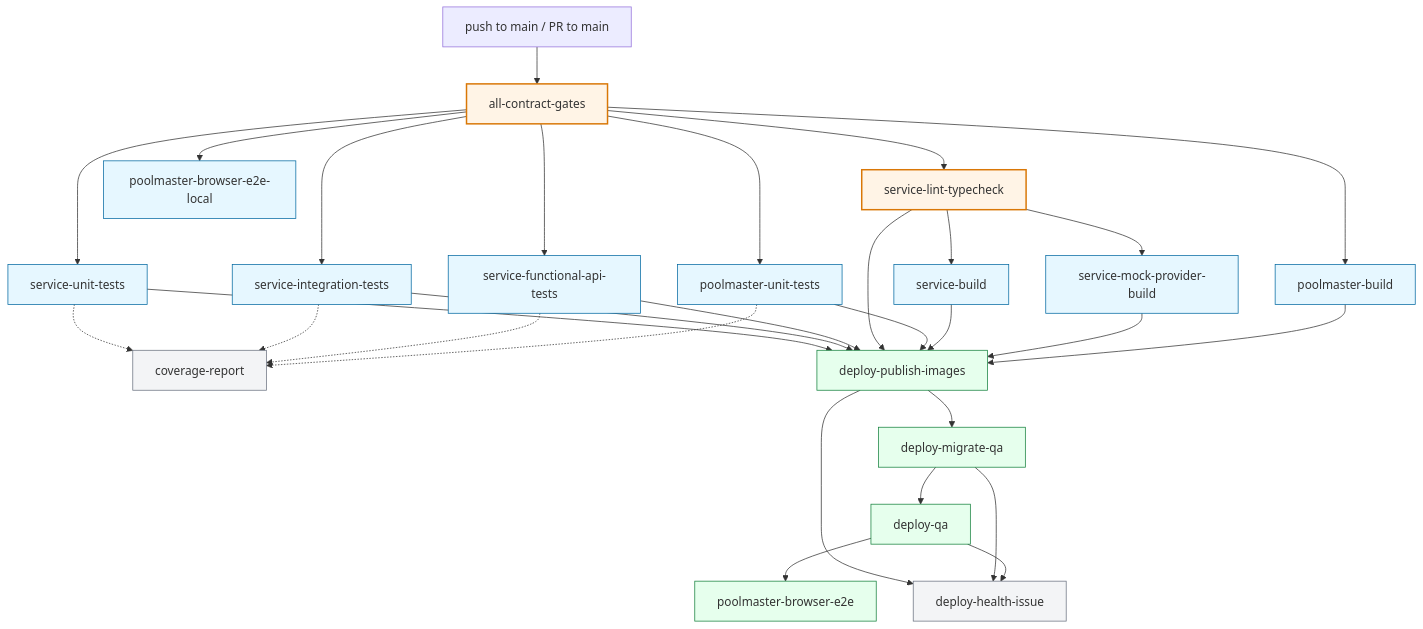
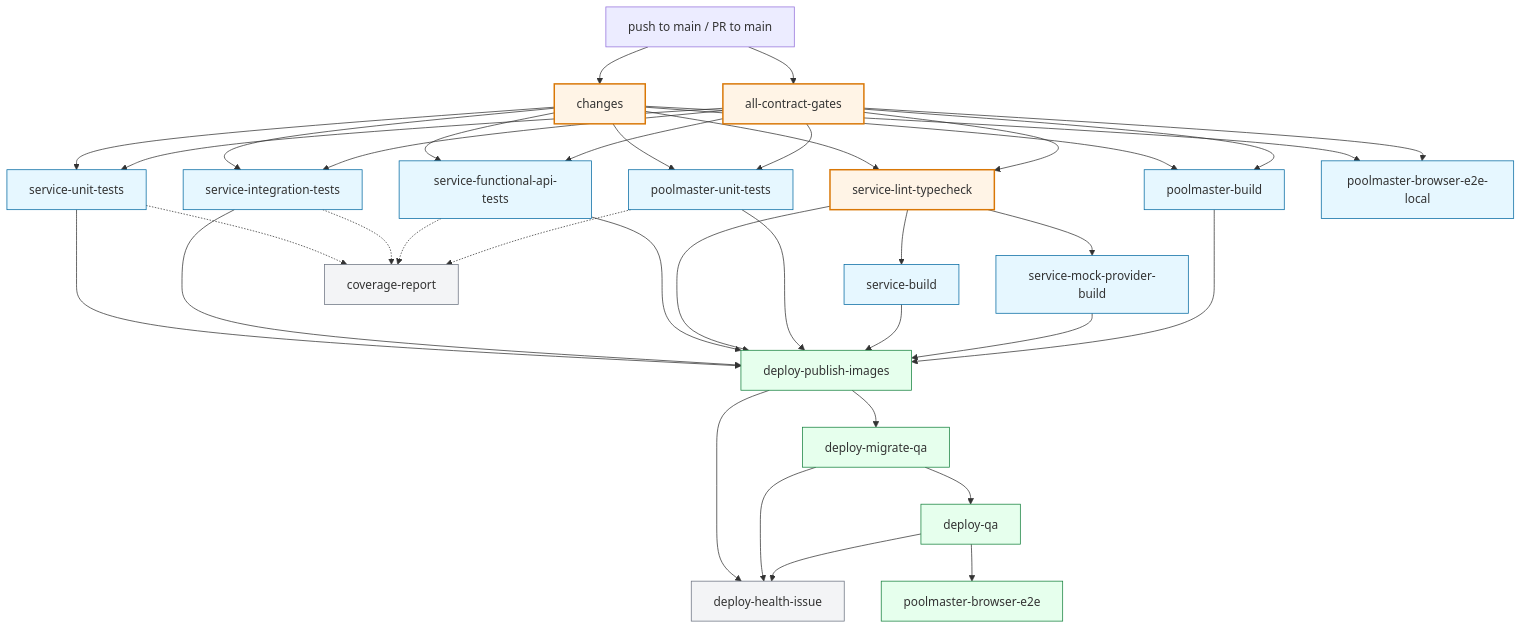
The first of 2 diagrams in docs/CI-AND-QUALITY-GATES.md (derek-dorazio/pool-master), drawn with Mermaid before and after one commit. The commit also changed other lines of this file and 3 other files, not shown here.

````diff
--- a/docs/CI-AND-QUALITY-GATES.md
+++ b/docs/CI-AND-QUALITY-GATES.md
@@ -134,45 +135,53 @@
 ```mermaid
 flowchart TD
   T[push to main / PR to main] --> CG[all-contract-gates]
+  T --> CH[changes]
 
+  CH --> LT
+  CH --> SU
+  CH --> SI
+  CH --> SF
+  CH --> PU
+  CH --> PB
+  CH --> EL
   CG --> LT[service-lint-typecheck]
   CG --> SU[service-unit-tests]
   CG --> SI[service-integration-tests]
   CG --> SF[service-functional-api-tests]
   CG --> PU[poolmaster-unit-tests]
   CG --> PB[poolmaster-build]
   CG --> EL[poolmaster-browser-e2e-local]
   LT --> SB[service-build]
   LT --> MB[service-mock-provider-build]
 
   SU -.-> CR[coverage-report]
   SI -.-> CR
   SF -.-> CR
   PU -.-> CR
 
   SU --> PI[deploy-publish-images]
   SI --> PI
   SF --> PI
   LT --> PI
   PU --> PI
   SB --> PI
   MB --> PI
   PB --> PI
 
   PI --> MQ[deploy-migrate-qa]
   MQ --> DQ[deploy-qa]
   DQ --> E2E[poolmaster-browser-e2e]
   PI --> DH[deploy-health-issue]
   MQ --> DH
   DQ --> DH
 
   classDef gate fill:#fff4e6,stroke:#d97706,stroke-width:2px
   classDef test fill:#e6f7ff,stroke:#0369a1
   classDef deploy fill:#e6ffed,stroke:#15803d
   classDef report fill:#f3f4f6,stroke:#6b7280
 
-  class CG,LT gate
+  class CG,LT,CH gate
   class SU,SI,SF,PU,SB,MB,PB,EL test
   class PI,MQ,DQ,E2E deploy
   class CR,DH report
 ```
````
